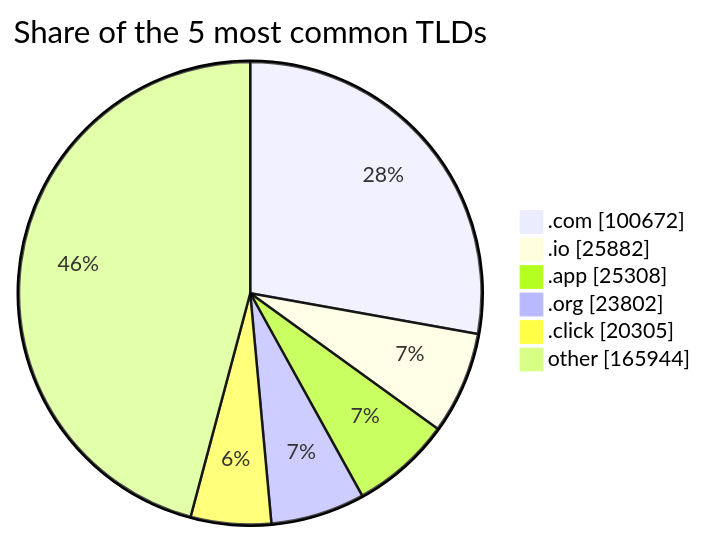
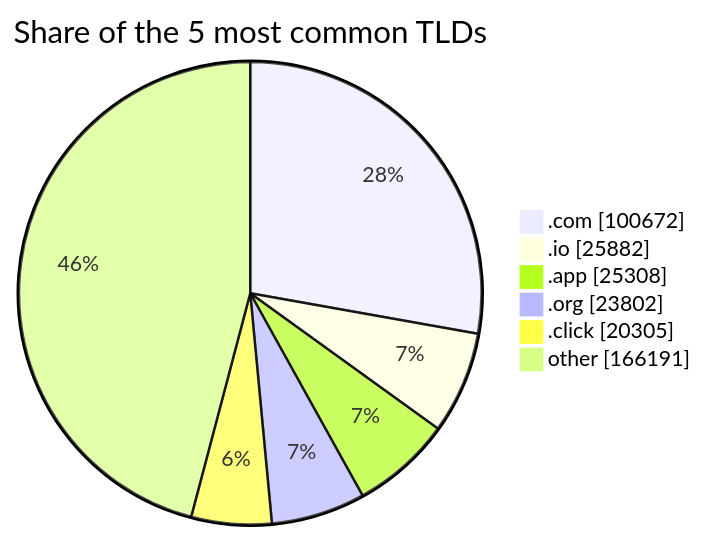
One commit to DNSBunker/CTI changed the third of 3 diagrams in README.md. Above: the diagram before and after it, drawn with Mermaid. The commit also changed other lines of this file and 3 other files, not shown here.

````diff
--- a/README.md
+++ b/README.md
@@ -81,9 +81,9 @@
 ```mermaid
 pie showData title Share of the 5 most common TLDs
     ".com" : 100672
     ".io" : 25882
     ".app" : 25308
     ".org" : 23802
     ".click" : 20305
-    "other" : 165944
+    "other" : 166191
 ```
````
